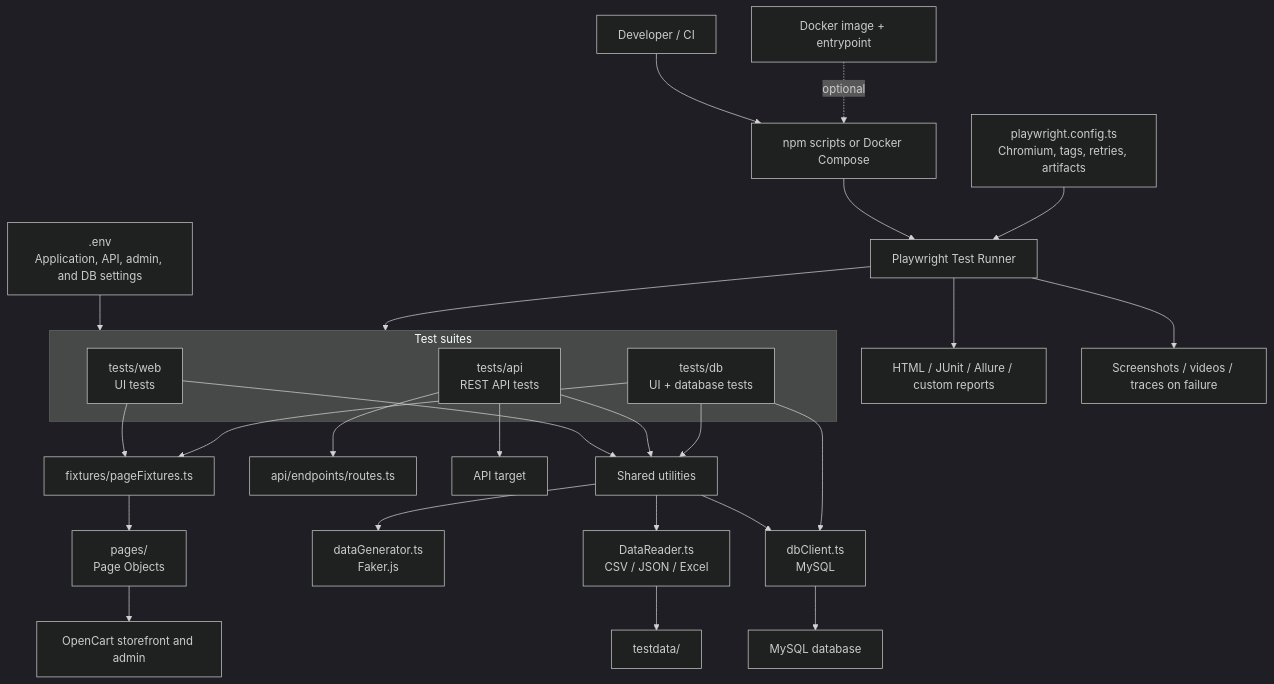
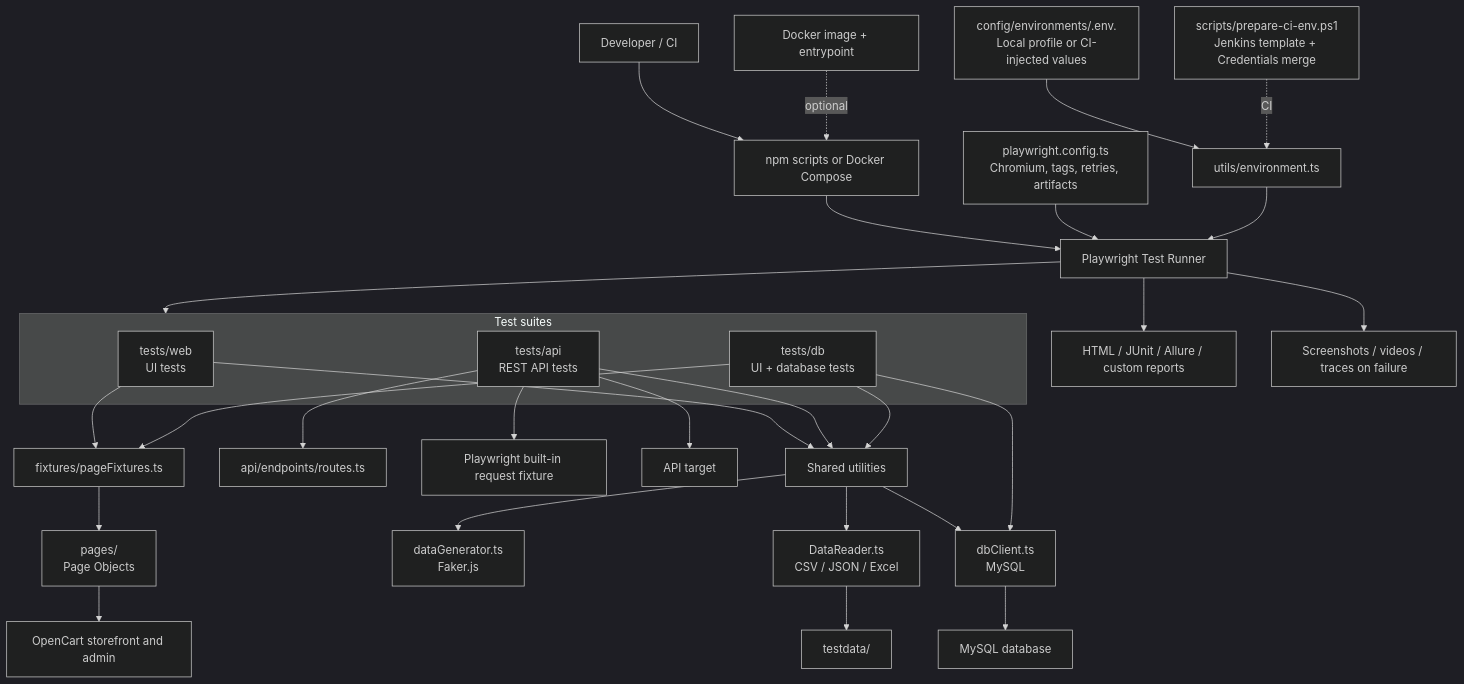
The first of 3 diagrams in README.md (CharuDattPimple/OpenCart_Playwright_AI_Mark1), drawn with Mermaid (dark theme) before and after one commit. The commit also changed other lines of this file and 2 other files, not shown here.

````diff
--- a/README.md
+++ b/README.md
@@ -96,37 +94,40 @@
 ```mermaid
 flowchart TD
     RUN["Developer / CI"] --> EXEC["npm scripts or Docker Compose"]
     EXEC --> RUNNER["Playwright Test Runner"]
     DOCKER["Docker image + entrypoint"] -. optional .-> EXEC
 
     CONFIG["playwright.config.ts<br/>Chromium, tags, retries, artifacts"] --> RUNNER
-    ENV[".env<br/>Application, API, admin, and DB settings"] --> TESTS
+    PROFILES["config/environments/.env.<env><br/>Local profile or CI-injected values"] --> ENVHELPER["utils/environment.ts"]
+    CIHELPER["scripts/prepare-ci-env.ps1<br/>Jenkins template + Credentials merge"] -. CI .-> ENVHELPER
+    ENVHELPER --> RUNNER
 
     RUNNER --> TESTS
     subgraph TESTS["Test suites"]
         WEB["tests/web<br/>UI tests"]
         API["tests/api<br/>REST API tests"]
         DBTEST["tests/db<br/>UI + database tests"]
     end
 
     WEB --> FIXTURES["fixtures/pageFixtures.ts"]
     DBTEST --> FIXTURES
     FIXTURES --> PAGES["pages/<br/>Page Objects"]
     PAGES --> STORE["OpenCart storefront and admin"]
 
     API --> ROUTES["api/endpoints/routes.ts"]
+    API --> REQUEST["Playwright built-in request fixture"]
     API --> APITARGET["API target"]
 
     WEB --> SHARED["Shared utilities"]
     API --> SHARED
     DBTEST --> SHARED
     SHARED --> GENERATOR["dataGenerator.ts<br/>Faker.js"]
     SHARED --> READER["DataReader.ts<br/>CSV / JSON / Excel"]
     SHARED --> DBCLIENT["dbClient.ts<br/>MySQL"]
     READER --> DATA["testdata/"]
     DBTEST --> DBCLIENT
     DBCLIENT --> MYSQL["MySQL database"]
 
     RUNNER --> REPORTS["HTML / JUnit / Allure / custom reports"]
     RUNNER --> ARTIFACTS["Screenshots / videos / traces on failure"]
 ```
````
